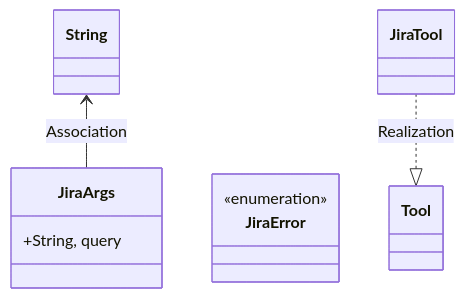
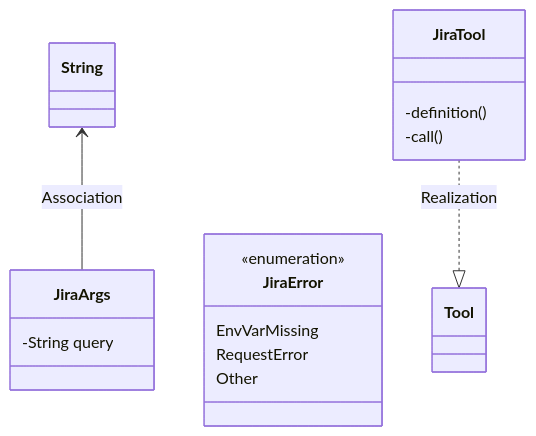
Before and after one commit to lgcorzo/fastapi-autogen-team: the first of 2 diagrams in openwiki/modules/src/infrastructure/tools/jira.md, drawn with Mermaid. The commit also changed other lines of this file and 33 other files, not shown here.

Commit message:
Fix PlantUML syntax, missing diagrams, and link formatting in doc generator

````diff
--- a/openwiki/modules/src/infrastructure/tools/jira.md
+++ b/openwiki/modules/src/infrastructure/tools/jira.md
@@ -29,12 +29,19 @@
 ```mermaid
 classDiagram
     direction BT
     class JiraArgs {
-        +String, query
+        -String query
     }
     class JiraError {
         <<enumeration>>
+        EnvVarMissing
+        RequestError
+        Other
+    }
+    class JiraTool {
+        -definition()
+        -call()
     }
     JiraArgs --> String : Association
     Tool <|.. JiraTool : Realization
 ```
````
